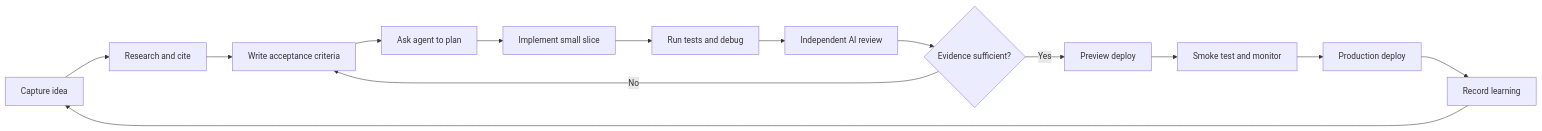
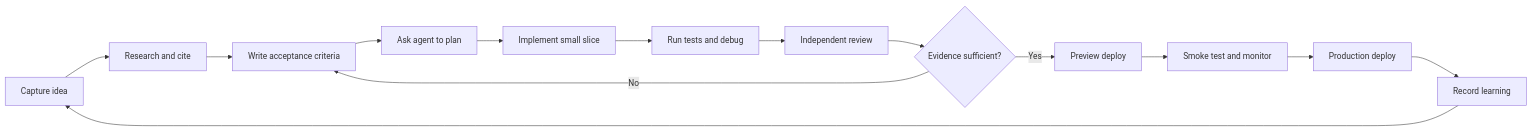
One commit to buicongnguyen/AI_tools changed the diagram in README.md. Above: the diagram before and after it, drawn with Mermaid. The commit also changed other lines of this file and 38 other files, not shown here.

````diff
--- a/README.md
+++ b/README.md
@@ -22,16 +23,16 @@
 ```mermaid
 flowchart LR
     A[Capture idea] --> B[Research and cite]
     B --> C[Write acceptance criteria]
     C --> D[Ask agent to plan]
     D --> E[Implement small slice]
     E --> F[Run tests and debug]
-    F --> G[Independent AI review]
+    F --> G[Independent review]
     G --> H{Evidence sufficient?}
     H -- No --> C
     H -- Yes --> I[Preview deploy]
     I --> J[Smoke test and monitor]
     J --> K[Production deploy]
     K --> L[Record learning]
     L --> A
 ```
````
